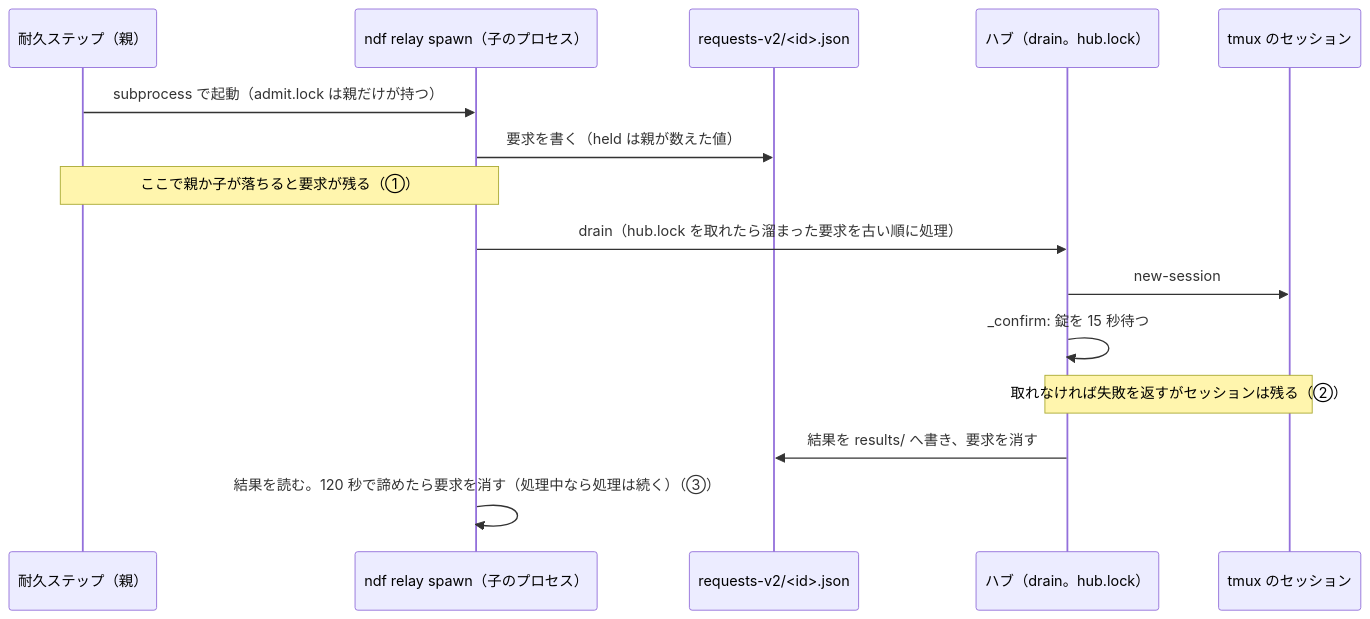
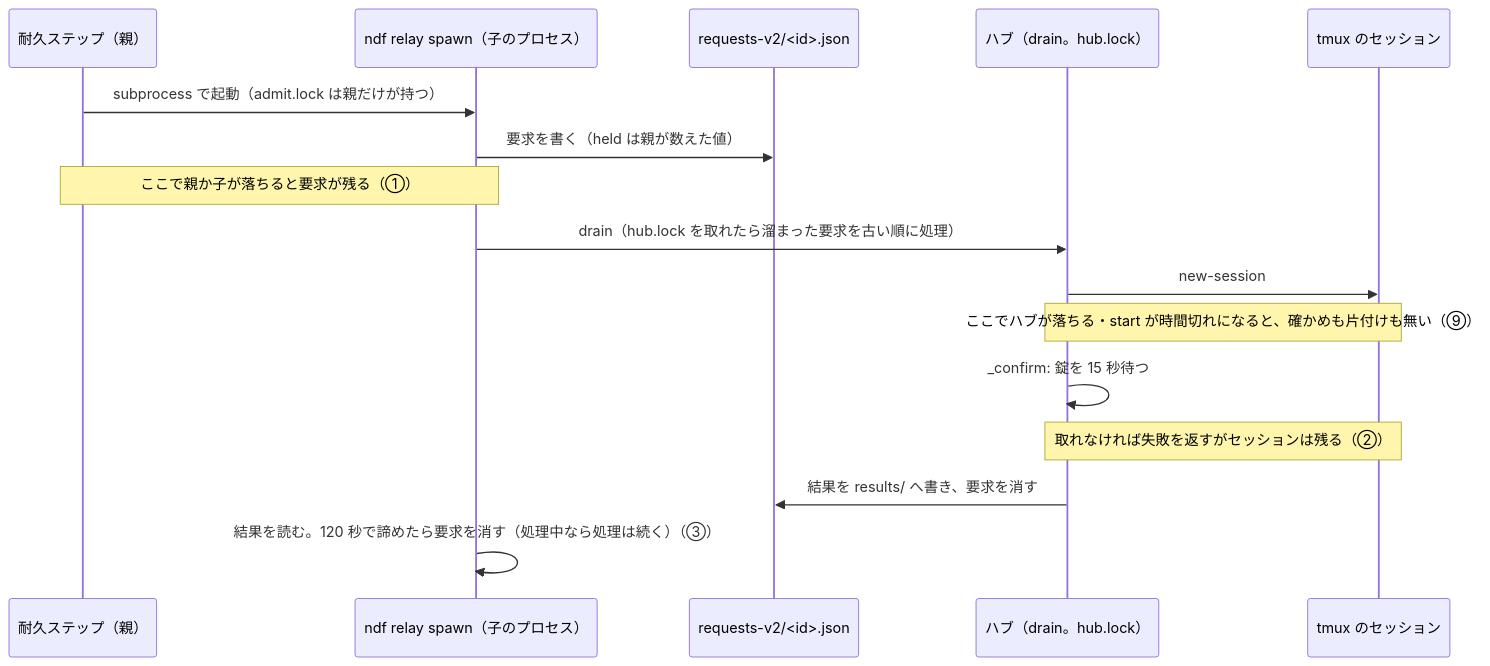
The first of 3 diagrams in issues/issue-4103-design.md (devbasex/ai-plugins), drawn with Mermaid before and after one commit. The commit also changed other lines of this file and 1 other file, not shown here.

````diff
--- a/issues/issue-4103-design.md
+++ b/issues/issue-4103-design.md
@@ -13,17 +13,18 @@
 ```mermaid
 sequenceDiagram
   participant WF as 耐久ステップ（親）
   participant CH as ndf relay spawn（子のプロセス）
   participant RQ as requests-v2/<id>.json
   participant HB as ハブ（drain。hub.lock）
   participant TM as tmux のセッション
   WF->>CH: subprocess で起動（admit.lock は親だけが持つ）
   CH->>RQ: 要求を書く（held は親が数えた値）
   Note over WF,CH: ここで親か子が落ちると要求が残る（①）
   CH->>HB: drain（hub.lock を取れたら溜まった要求を古い順に処理）
   HB->>TM: new-session
+  Note over HB,TM: ここでハブが落ちる・start が時間切れになると、確かめも片付けも無い（⑨）
   HB->>HB: _confirm: 錠を 15 秒待つ
   Note over HB,TM: 取れなければ失敗を返すがセッションは残る（②）
   HB->>RQ: 結果を results/ へ書き、要求を消す
   CH->>CH: 結果を読む。120 秒で諦めたら要求を消す（処理中なら処理は続く）（③）
 ```
````
